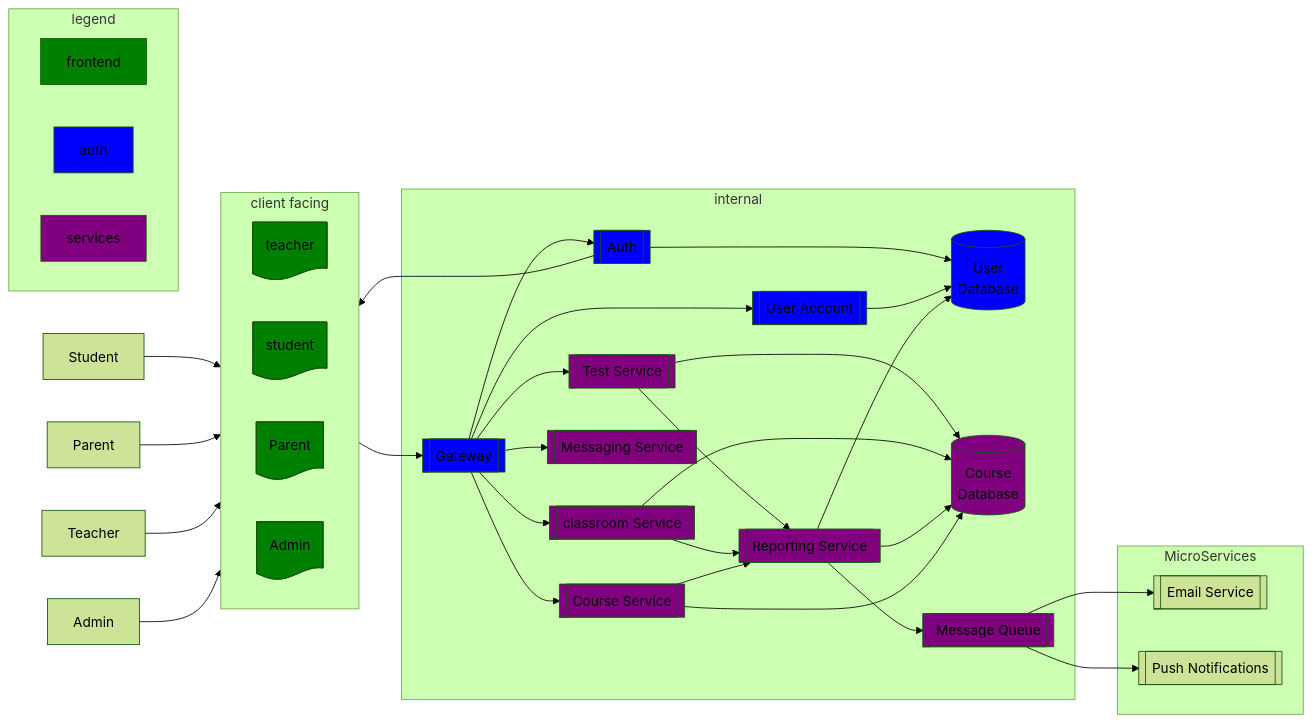
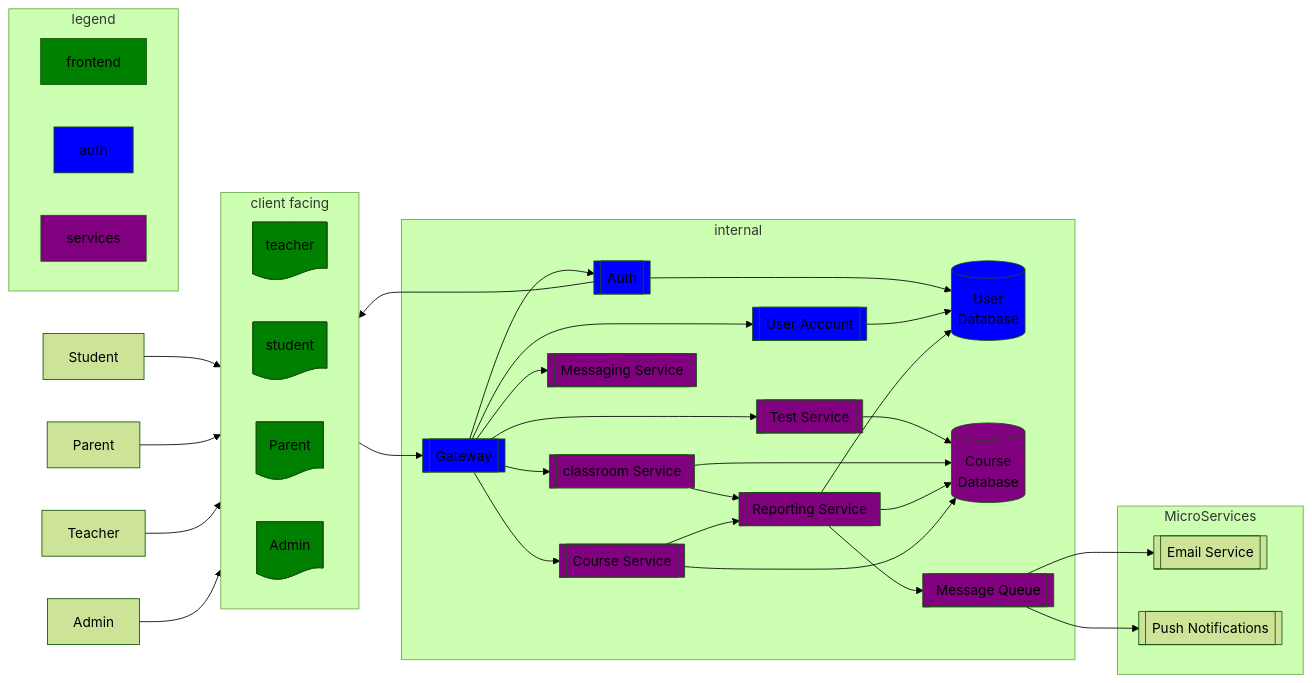
Before and after one commit to zachariaswik/FE405_Project: the diagram in Phase2.md, drawn with Mermaid (forest theme).

Commit message:
Update Test Service connection to use only DB
Removed redundant reference to 'R' in Test Service connection.

````diff
--- a/Phase2.md
+++ b/Phase2.md
@@ -47,55 +47,55 @@
 ```mermaid
 flowchart LR
     classDef frontend fill:green
     classDef auth fill:blue
     classDef services fill:purple
     Student[Student] --> F
     Parent[Parent] --> F
     Teacher[Teacher] --> F
     Admin[Admin] --> F
     
     
   subgraph F[client facing]
     direction RL
     TF:::frontend@{ shape: doc, label: "teacher"}
     SF:::frontend@{ shape: doc, label: "student"}
     PF:::frontend@{ shape: doc, label: "Parent"}
     AF:::frontend@{ shape: doc, label: "Admin"}
   end
 
   F -->  GW --> A --> F
   subgraph B[internal]
       P_DB[(User
       Database)]:::auth
 
       A[[Auth]]:::auth --> P_DB
       GW[[Gateway]]:::auth    
-      Ass[[Test Service]]:::services --> R & DB
+      Ass[[Test Service]]:::services --> DB
       GW --> CR & Comm & P & Course & Ass
       CR[[classroom Service]]:::services --> R & DB
       Course[[Course Service]]:::services --> R --> DB
       Course --> DB
       Comm[[Messaging Service]]:::services
       P[[User Account]]:::auth --> P_DB
       R[[Reporting Service]]:::services 
       DB[(Course 
       Database)]:::services
 
       R --> MQ[[ Message Queue]]:::services & P_DB
   end
 
     subgraph MicroServices
         MQ:::services
         MQ --> ES[[Email Service]]
         MQ --> PushNoticiations[[Push Notifications]]
         
     end
 
     %% Legend
     subgraph legend
         direction LR
         X[frontend]:::frontend
         Y[auth]:::auth
         Z[services]:::services
     end
 ```
````
